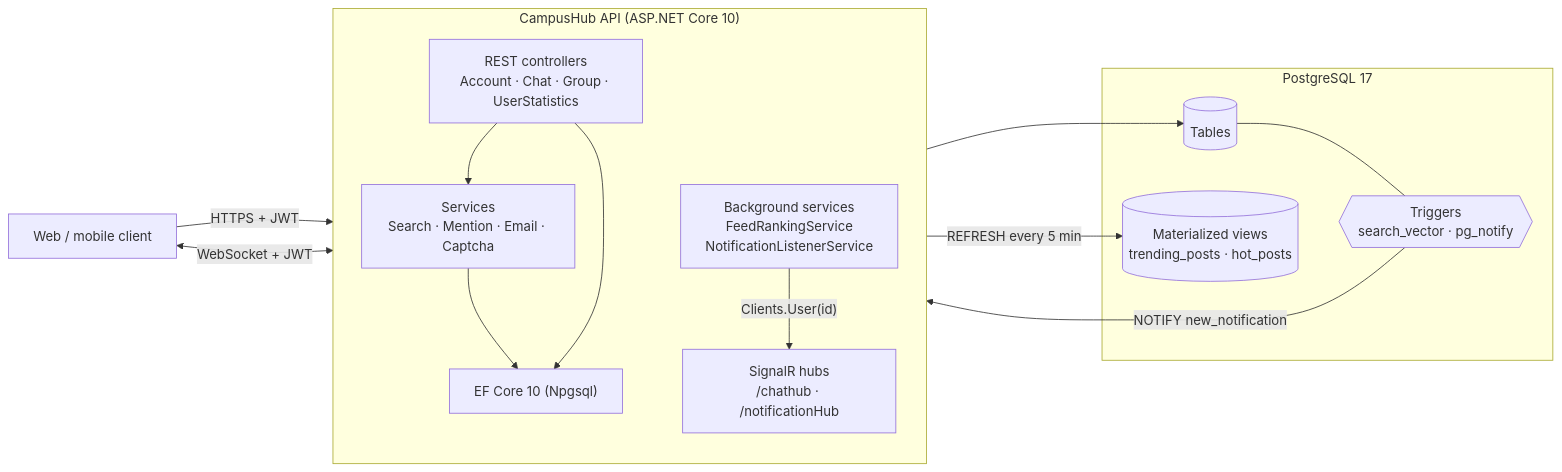
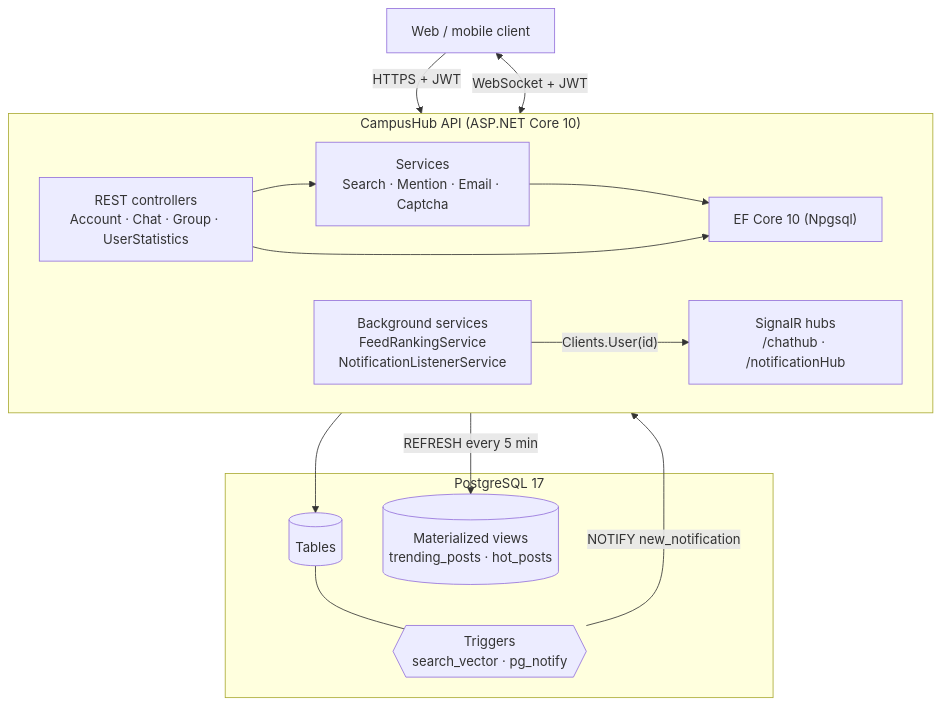
Before and after one commit to lumen2adel/CampusHub: the diagram in README.md, drawn with Mermaid.

Commit message:
README: top-to-bottom architecture diagram for narrow layouts

````diff
--- a/README.md
+++ b/README.md
@@ -40,29 +40,29 @@
 ```mermaid
-flowchart LR
+flowchart TB
     client["Web / mobile client"]
 
     subgraph api["CampusHub API (ASP.NET Core 10)"]
-        direction TB
+        direction LR
         rest["REST controllers<br/>Account · Chat · Group · UserStatistics"]
         hubs["SignalR hubs<br/>/chathub · /notificationHub"]
         svc["Services<br/>Search · Mention · Email · Captcha"]
         bg["Background services<br/>FeedRankingService<br/>NotificationListenerService"]
         ef["EF Core 10 (Npgsql)"]
         rest --> svc --> ef
         rest --> ef
     end
 
     subgraph pg["PostgreSQL 17"]
         tables[("Tables")]
         views[("Materialized views<br/>trending_posts · hot_posts")]
         trg{{"Triggers<br/>search_vector · pg_notify"}}
     end
 
     client -->|"HTTPS + JWT"| rest
     client <-->|"WebSocket + JWT"| hubs
     ef --> tables
     tables --- trg
     bg -->|"REFRESH every 5 min"| views
     trg -->|"NOTIFY new_notification"| bg
     bg -->|"Clients.User(id)"| hubs
 ```
````
